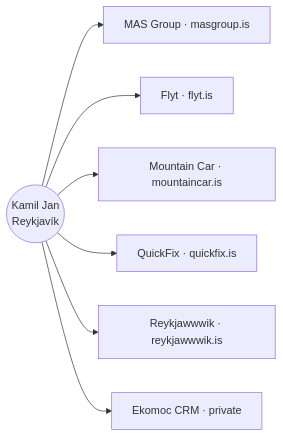
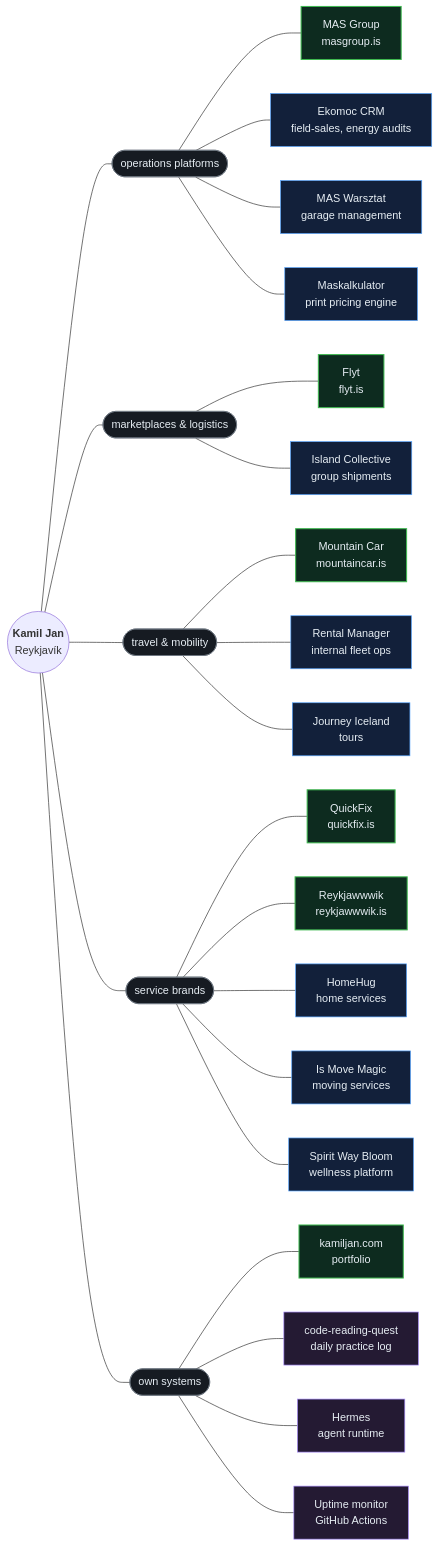
One commit to kamiljan11/kamiljan11 changed the diagram in README.md. Above: the diagram before and after it, drawn with Mermaid. The commit also changed other lines of this file, not shown here.

Commit message:
docs: full project map (all ventures, grouped, clickable live nodes)

````diff
--- a/README.md
+++ b/README.md
@@ -30,17 +30,51 @@
 ```mermaid
 flowchart LR
-    K(("Kamil Jan<br>Reykjavík"))
+    K(("<b>Kamil Jan</b><br>Reykjavík"))
 
-    K --> MAS["MAS Group · masgroup.is"]
-    K --> FLY["Flyt · flyt.is"]
-    K --> MC["Mountain Car · mountaincar.is"]
-    K --> QF["QuickFix · quickfix.is"]
-    K --> RKW["Reykjawwwik · reykjawwwik.is"]
-    K --> EKO["Ekomoc CRM · private"]
+    K --- OPS(["operations platforms"])
+    K --- MKT(["marketplaces & logistics"])
+    K --- MOB(["travel & mobility"])
+    K --- SVC(["service brands"])
+    K --- INF(["own systems"])
+
+    OPS --- MAS["MAS Group<br>masgroup.is"]
+    OPS --- EKO["Ekomoc CRM<br>field-sales, energy audits"]
+    OPS --- WAR["MAS Warsztat<br>garage management"]
+    OPS --- KAL["Maskalkulator<br>print pricing engine"]
+
+    MKT --- FLY["Flyt<br>flyt.is"]
+    MKT --- ISL["Island Collective<br>group shipments"]
+
+    MOB --- MC["Mountain Car<br>mountaincar.is"]
+    MOB --- REN["Rental Manager<br>internal fleet ops"]
+    MOB --- JI["Journey Iceland<br>tours"]
+
+    SVC --- QF["QuickFix<br>quickfix.is"]
+    SVC --- RKW["Reykjawwwik<br>reykjawwwik.is"]
+    SVC --- HH["HomeHug<br>home services"]
+    SVC --- MOV["Is Move Magic<br>moving services"]
+    SVC --- SPA["Spirit Way Bloom<br>wellness platform"]
+
+    INF --- SITE["kamiljan.com<br>portfolio"]
+    INF --- CRQ["code-reading-quest<br>daily practice log"]
+    INF --- HER["Hermes<br>agent runtime"]
+    INF --- UP["Uptime monitor<br>GitHub Actions"]
 
     click MAS "https://masgroup.is" _blank
     click FLY "https://flyt.is" _blank
     click MC "https://mountaincar.is" _blank
     click QF "https://quickfix.is" _blank
     click RKW "https://reykjawwwik.is" _blank
+    click SITE "https://kamiljan.com" _blank
+    click CRQ "https://github.com/kamiljan11/code-reading-quest" _blank
+
+    classDef hub fill:#161b22,stroke:#6e7681,stroke-width:1px,color:#e6edf3
+    classDef live fill:#0d2b1f,stroke:#3fb950,stroke-width:1.5px,color:#e6edf3
+    classDef work fill:#12203a,stroke:#58a6ff,stroke-width:1px,color:#e6edf3
+    classDef own fill:#241a33,stroke:#a78bfa,stroke-width:1px,color:#e6edf3
+
+    class OPS,MKT,MOB,SVC,INF hub
+    class MAS,FLY,MC,QF,RKW,SITE live
+    class EKO,WAR,KAL,ISL,REN,JI,HH,MOV,SPA work
+    class CRQ,HER,UP own
 ```
````
